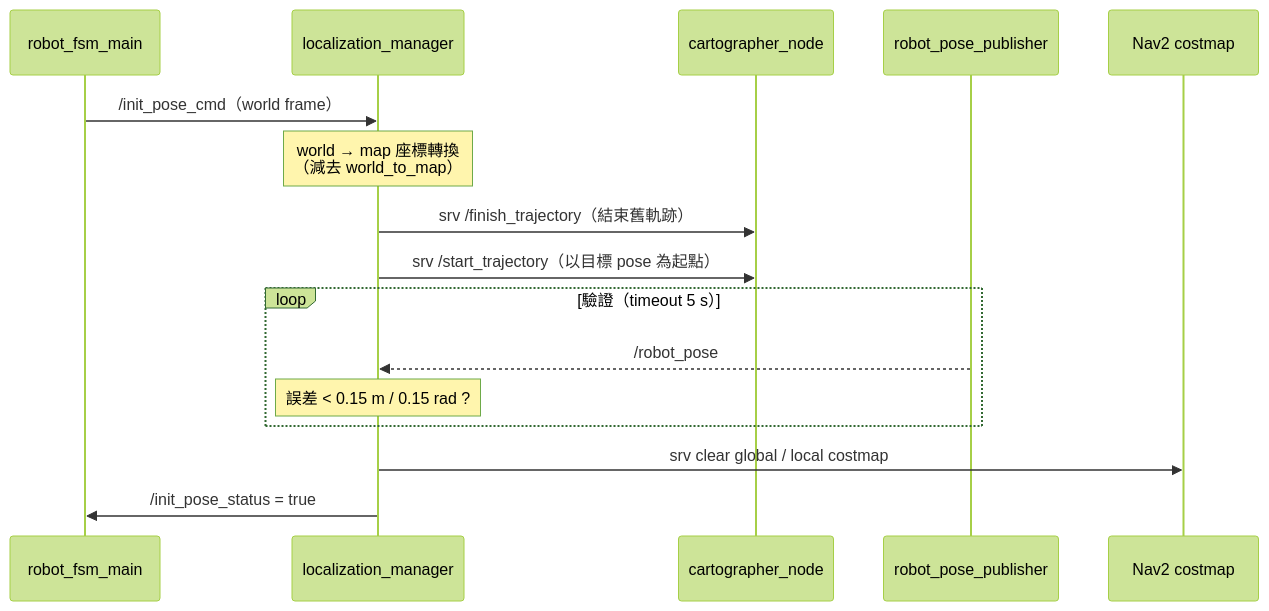
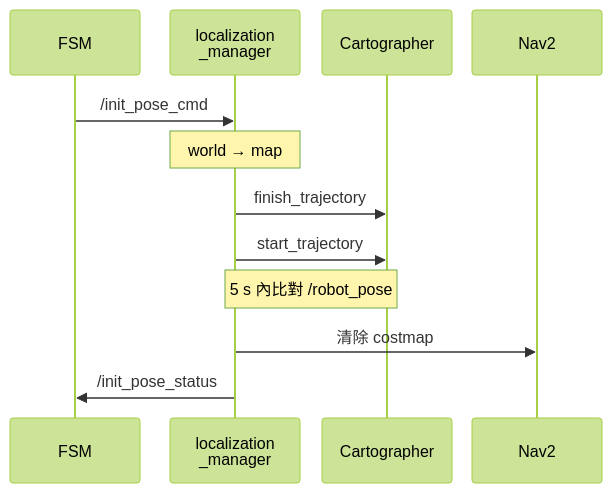
Before and after one commit to terryking0711/tdk_slam_ws: the sixth of 6 diagrams in README.md, drawn with Mermaid (forest theme). The commit also changed other lines of this file, not shown here.

````diff
--- a/README.md
+++ b/README.md
@@ -365,19 +371,16 @@
 ```mermaid
+%%{init: {'sequence': {'actorMargin': 20, 'width': 130, 'messageFontSize': 14}}}%%
 sequenceDiagram
-    participant FSM as robot_fsm_main
-    participant LM as localization_manager
-    participant C as cartographer_node
-    participant RP as robot_pose_publisher
-    participant N as Nav2 costmap
+    participant F as FSM
+    participant L as localization<br/>_manager
+    participant C as Cartographer
+    participant N as Nav2
 
-    FSM->>LM: /init_pose_cmd（world frame）
-    Note over LM: world → map 座標轉換<br>（減去 world_to_map）
-    LM->>C: srv /finish_trajectory（結束舊軌跡）
-    LM->>C: srv /start_trajectory（以目標 pose 為起點）
-    loop 驗證（timeout 5 s）
-        RP-->>LM: /robot_pose
-        Note over LM: 誤差 < 0.15 m / 0.15 rad ?
-    end
-    LM->>N: srv clear global / local costmap
-    LM->>FSM: /init_pose_status = true
+    F->>L: /init_pose_cmd
+    Note over L: world → map
+    L->>C: finish_trajectory
+    L->>C: start_trajectory
+    Note over L,C: 5 s 內比對 /robot_pose
+    L->>N: 清除 costmap
+    L->>F: /init_pose_status
 ```
````
